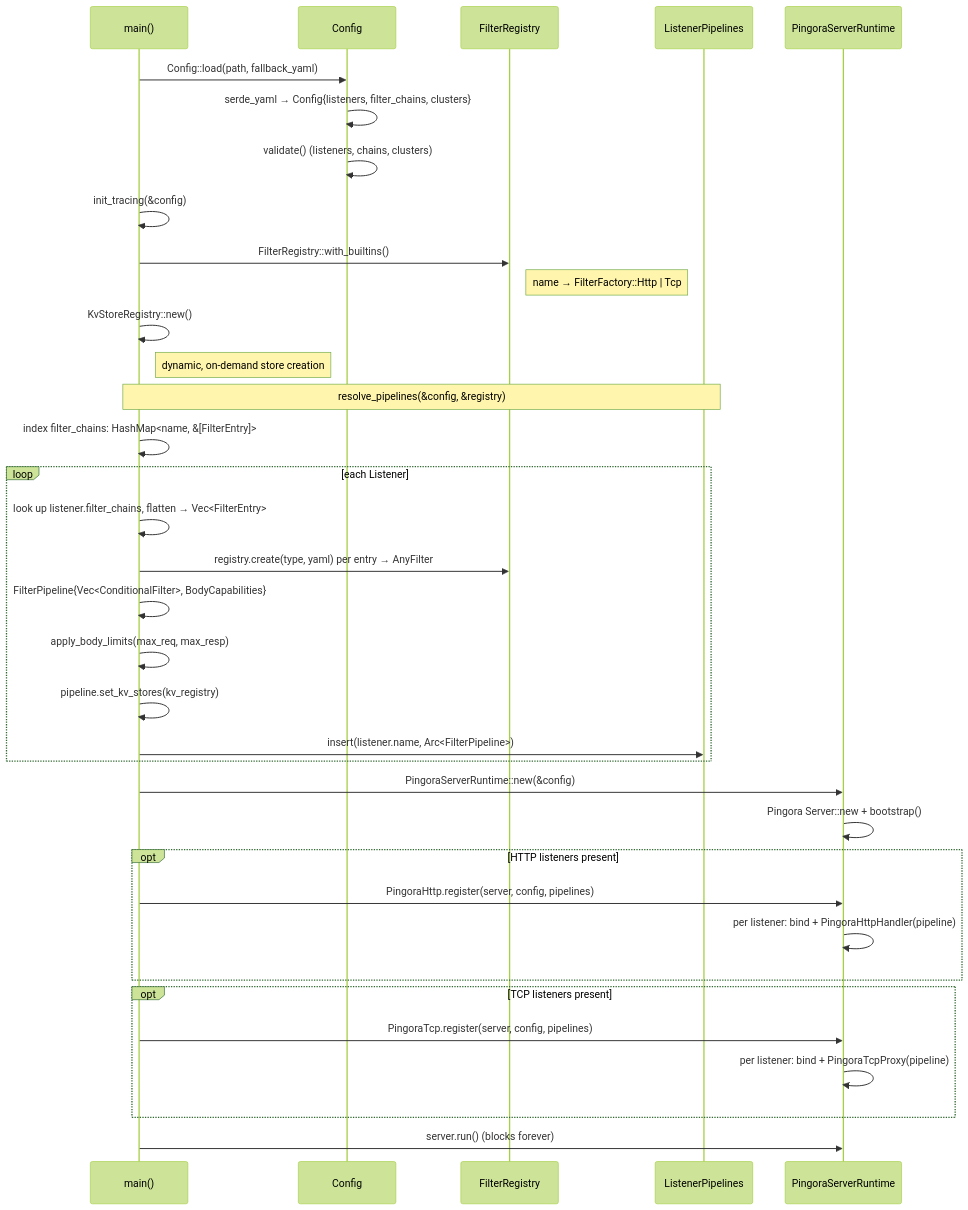
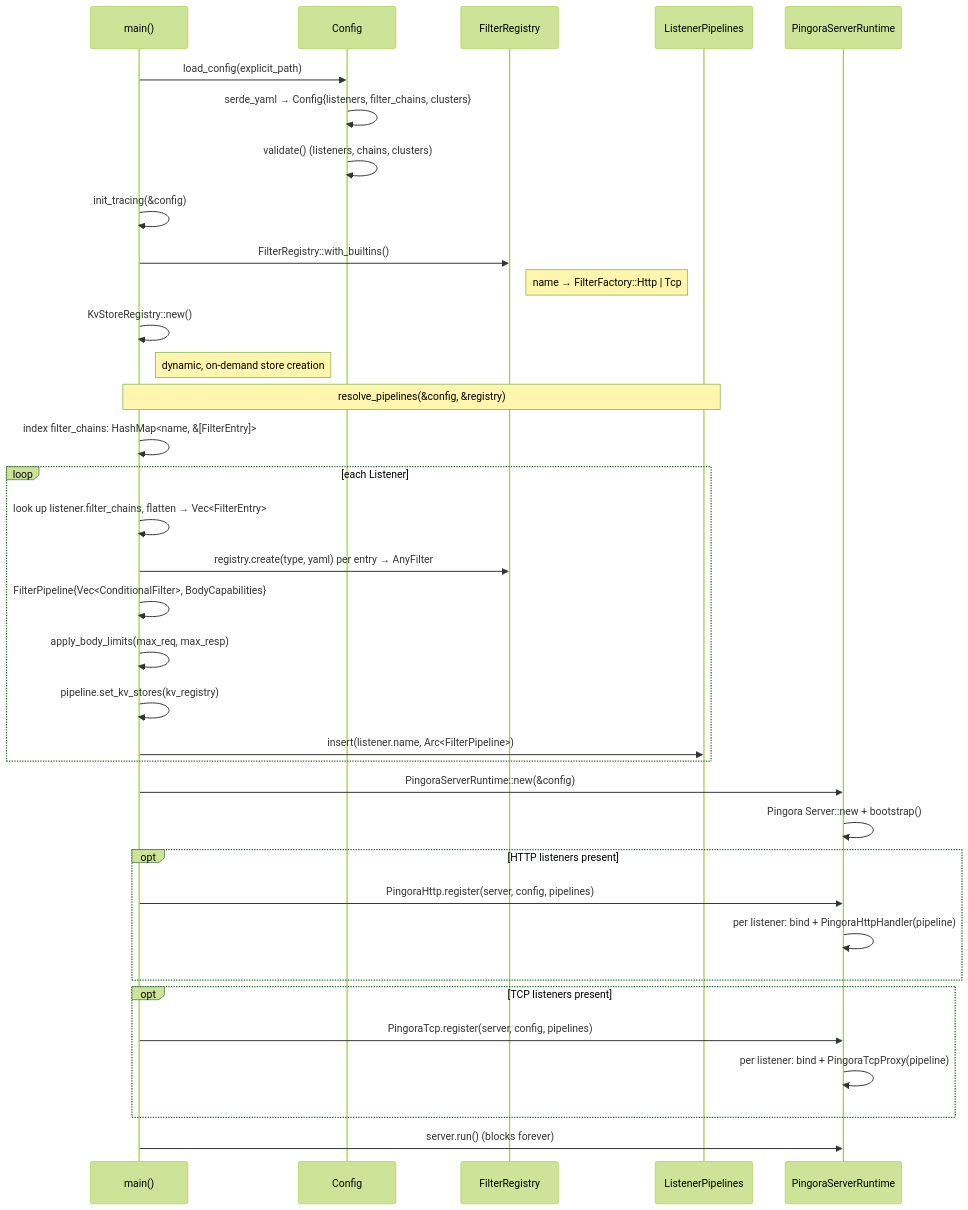
Before and after one commit to leseb/praxis: the second of 2 diagrams in docs/architecture/crate-layout.md, drawn with Mermaid (forest theme).

Commit message:
fix(docs): correct startup sequence function name
The Mermaid diagram showed Config::load(path, fallback_yaml) but
the actual function is load_config(explicit_path: Option<&str>).

````diff
--- a/docs/architecture/crate-layout.md
+++ b/docs/architecture/crate-layout.md
@@ -254,43 +254,43 @@
 ```mermaid
 sequenceDiagram
     participant M as main()
     participant C as Config
     participant R as FilterRegistry
     participant LP as ListenerPipelines
     participant S as PingoraServerRuntime
 
-    M->>C: Config::load(path, fallback_yaml)
+    M->>C: load_config(explicit_path)
     C->>C: serde_yaml → Config{listeners, filter_chains, clusters}
     C->>C: validate() (listeners, chains, clusters)
     M->>M: init_tracing(&config)
     M->>R: FilterRegistry::with_builtins()
     Note right of R: name → FilterFactory::Http | Tcp
     M->>M: KvStoreRegistry::new()
     Note right of M: dynamic, on-demand store creation
 
     Note over M,LP: resolve_pipelines(&config, &registry)
     M->>M: index filter_chains: HashMap<name, &[FilterEntry]>
     loop each Listener
         M->>M: look up listener.filter_chains, flatten → Vec<FilterEntry>
         M->>R: registry.create(type, yaml) per entry → AnyFilter
         M->>M: FilterPipeline{Vec<ConditionalFilter>, BodyCapabilities}
         M->>M: apply_body_limits(max_req, max_resp)
         M->>M: pipeline.set_kv_stores(kv_registry)
         M->>LP: insert(listener.name, Arc<FilterPipeline>)
     end
 
     M->>S: PingoraServerRuntime::new(&config)
     S->>S: Pingora Server::new + bootstrap()
 
     opt HTTP listeners present
         M->>S: PingoraHttp.register(server, config, pipelines)
         S->>S: per listener: bind + PingoraHttpHandler(pipeline)
     end
 
     opt TCP listeners present
         M->>S: PingoraTcp.register(server, config, pipelines)
         S->>S: per listener: bind + PingoraTcpProxy(pipeline)
     end
 
     M->>S: server.run() (blocks forever)
 ```
````
